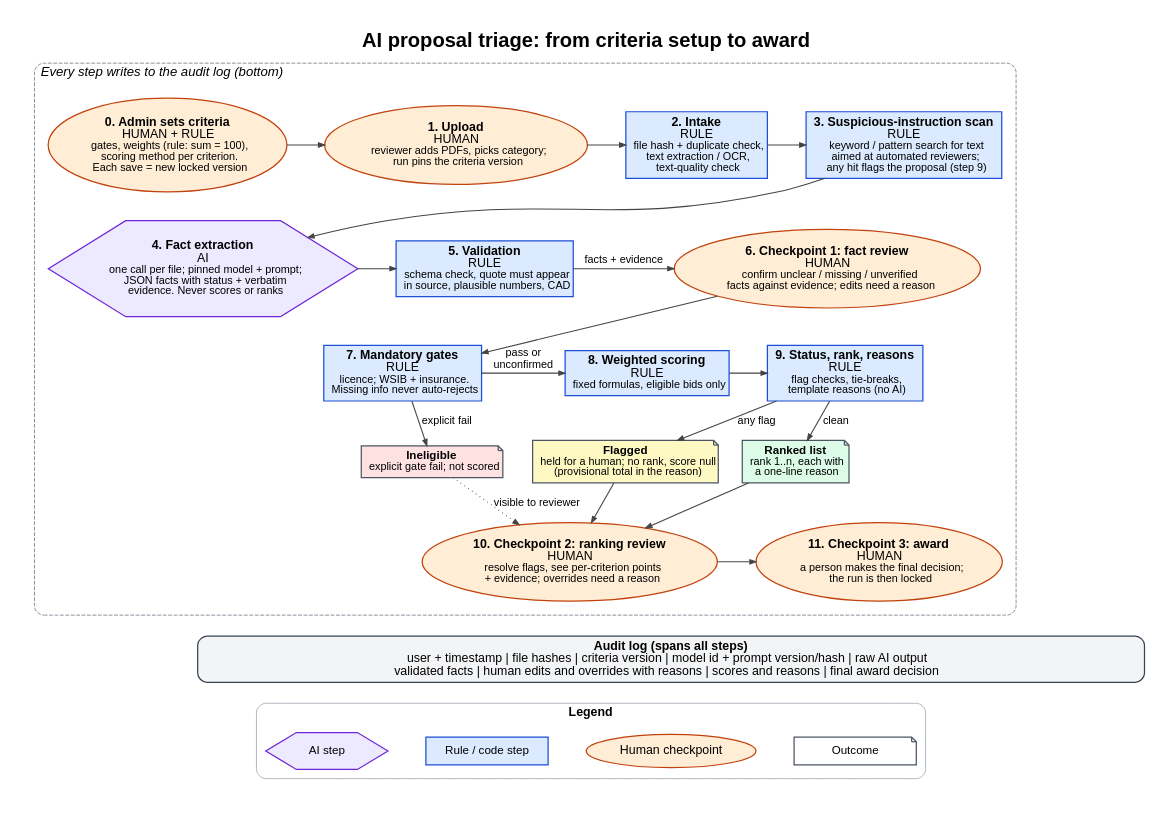
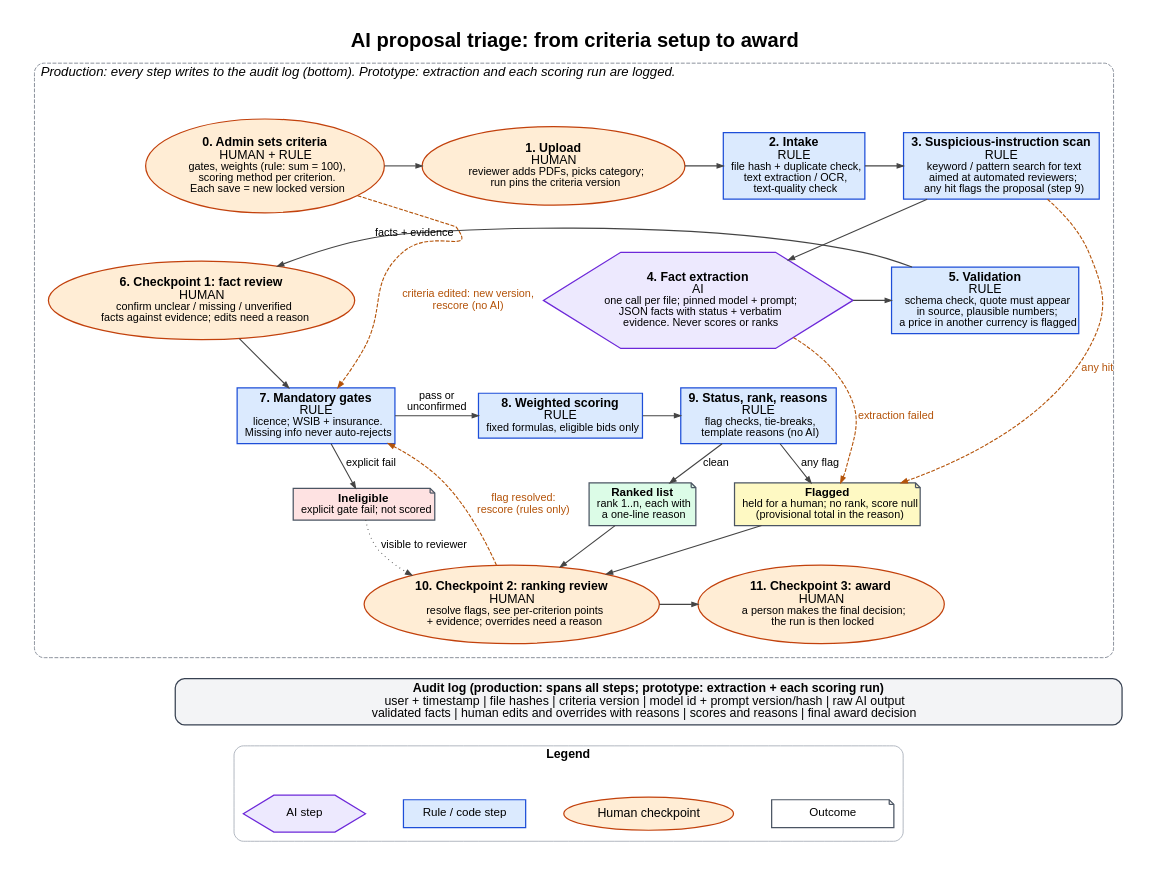
The diagram in prototype/flow.dot (mrehanmajeed/matacs-th-2026-02), drawn with Graphviz before and after one commit. The commit also changed 1 other file, not shown here.

Commit message:
docs: diagram rescoring and failure routes
Adds flag-resolved and criteria-edited rescore loops, extraction-failed
route and the scan-hit arrow; audit and CAD wording match the prototype.

```diff
--- a/prototype/flow.dot
+++ b/prototype/flow.dot
@@ -1,79 +1,86 @@
 // Source for diagram/process-flow.png
 // Render: dot -Tpng -Gdpi=110 prototype/flow.dot -o diagram/process-flow.png
 digraph triage {
   graph [rankdir=TB, fontname="Arial", fontsize=26, nodesep=0.35, ranksep=0.5, pad=0.4, newrank=true,
          label=<<b>AI proposal triage: from criteria setup to award</b>>, labelloc=t];
   node  [fontname="Arial", fontsize=16, margin="0.14,0.08", penwidth=1.6, style=filled];
   edge  [fontname="Arial", fontsize=14, penwidth=1.4, color="#444444", arrowsize=0.8];
 
   // Step types: RULE = blue box, AI = purple hexagon, HUMAN = orange oval, outcome = grey note
   node [shape=box, fillcolor="#DBEAFE", color="#1D4ED8"];
 
   subgraph cluster_flow {
-    label=<<i>Every step writes to the audit log (bottom)</i>>; labeljust=l; fontsize=17;
+    label=<<i>Production: every step writes to the audit log (bottom). Prototype: extraction and each scoring run are logged.</i>>; labeljust=l; fontsize=17;
     style="rounded,dashed"; color="#6B7280"; margin=18;
 
     admin  [shape=ellipse, fillcolor="#FFEDD5", color="#C2410C",
             label=<<b>0. Admin sets criteria</b><br/>HUMAN + RULE<br/><font point-size="14">gates, weights (rule: sum = 100),<br/>scoring method per criterion.<br/>Each save = new locked version</font>>];
     upload [shape=ellipse, fillcolor="#FFEDD5", color="#C2410C",
             label=<<b>1. Upload</b><br/>HUMAN<br/><font point-size="14">reviewer adds PDFs, picks category;<br/>run pins the criteria version</font>>];
     intake [label=<<b>2. Intake</b><br/>RULE<br/><font point-size="14">file hash + duplicate check,<br/>text extraction / OCR,<br/>text-quality check</font>>];
     scan   [label=<<b>3. Suspicious-instruction scan</b><br/>RULE<br/><font point-size="14">keyword / pattern search for text<br/>aimed at automated reviewers;<br/>any hit flags the proposal (step 9)</font>>];
     extract [shape=hexagon, fillcolor="#EDE9FE", color="#6D28D9",
             margin="0.02,0.02", label=<<b>4. Fact extraction</b><br/>AI<br/><font point-size="14">one call per file; pinned model + prompt;<br/>JSON facts with status + verbatim<br/>evidence. Never scores or ranks</font>>];
-    validate [label=<<b>5. Validation</b><br/>RULE<br/><font point-size="14">schema check, quote must appear<br/>in source, plausible numbers, CAD</font>>];
+    validate [label=<<b>5. Validation</b><br/>RULE<br/><font point-size="14">schema check, quote must appear<br/>in source, plausible numbers;<br/>a price in another currency is flagged</font>>];
     cp1    [shape=ellipse, fillcolor="#FFEDD5", color="#C2410C",
             label=<<b>6. Checkpoint 1: fact review</b><br/>HUMAN<br/><font point-size="14">confirm unclear / missing / unverified<br/>facts against evidence; edits need a reason</font>>];
     gates  [label=<<b>7. Mandatory gates</b><br/>RULE<br/><font point-size="14">licence; WSIB + insurance.<br/>Missing info never auto-rejects</font>>];
     score  [label=<<b>8. Weighted scoring</b><br/>RULE<br/><font point-size="14">fixed formulas, eligible bids only</font>>];
     status [label=<<b>9. Status, rank, reasons</b><br/>RULE<br/><font point-size="14">flag checks, tie-breaks,<br/>template reasons (no AI)</font>>];
     cp2    [shape=ellipse, fillcolor="#FFEDD5", color="#C2410C",
             label=<<b>10. Checkpoint 2: ranking review</b><br/>HUMAN<br/><font point-size="14">resolve flags, see per-criterion points<br/>+ evidence; overrides need a reason</font>>];
     cp3    [shape=ellipse, fillcolor="#FFEDD5", color="#C2410C",
             label=<<b>11. Checkpoint 3: award</b><br/>HUMAN<br/><font point-size="14">a person makes the final decision;<br/>the run is then locked</font>>];
 
     node [shape=note, color="#4B5563", fontsize=15];
     inel   [fillcolor="#FEE2E2", label=<<b>Ineligible</b><br/><font point-size="14">explicit gate fail; not scored</font>>];
+    ranked [fillcolor="#DCFCE7", label=<<b>Ranked list</b><br/><font point-size="14">rank 1..n, each with<br/>a one-line reason</font>>];
     flag   [fillcolor="#FEF9C3", label=<<b>Flagged</b><br/><font point-size="14">held for a human; no rank, score null<br/>(provisional total in the reason)</font>>];
-    ranked [fillcolor="#DCFCE7", label=<<b>Ranked list</b><br/><font point-size="14">rank 1..n, each with<br/>a one-line reason</font>>];
 
     // Row 1 (left to right), row 2 (right to left), row 3 outcomes
     { rank=same; admin; upload; intake; scan; }
     { rank=same; extract; validate; cp1; }
     { rank=same; gates; score; status; }
-    { rank=same; inel; flag; ranked; }
+    { rank=same; inel; ranked; flag; }
+    inel -> ranked -> flag [style=invis];  // fixes left-to-right order of outcomes
     { rank=same; cp2; cp3; }
 
     admin -> upload -> intake -> scan -> extract;
     extract -> validate;
     validate -> cp1 [label=" facts + evidence "];
     cp1 -> gates;
     gates -> score [label=" pass or\n unconfirmed "];
     score -> status;
     gates -> inel [label=" explicit fail "];
     status -> flag [label=" any flag "];
     status -> ranked [label=" clean "];
-    scan -> flag [style=invis, constraint=false];  // keeps row order; the hit path is described in step 3
+    // Exception and re-run routes (dashed)
+    edge [style=dashed, color="#B45309", fontcolor="#B45309"];
+    scan -> flag [label=" any hit "];
+    extract -> flag [label=" extraction failed "];
+    cp2 -> gates [label=" flag resolved:\n rescore (rules only) "];
+    admin -> gates [label=" criteria edited: new version,\n rescore (no AI) "];
+    edge [style=solid, color="#444444", fontcolor="#000000"];
     flag -> cp2;
     ranked -> cp2;
     inel -> cp2 [style=dotted, label=" visible to reviewer "];
     cp2 -> cp3;
   }
 
   audit [shape=box, style="filled,rounded", fillcolor="#F3F4F6", color="#374151", fontsize=16, width=17,
-         label=<<b>Audit log (spans all steps)</b><br/>user + timestamp | file hashes | criteria version | model id + prompt version/hash | raw AI output<br/>validated facts | human edits and overrides with reasons | scores and reasons | final award decision>];
+         label=<<b>Audit log (production: spans all steps; prototype: extraction + each scoring run)</b><br/>user + timestamp | file hashes | criteria version | model id + prompt version/hash | raw AI output<br/>validated facts | human edits and overrides with reasons | scores and reasons | final award decision>];
   cp2 -> audit [style=invis];
   cp3 -> audit [style=invis];
   audit -> l_human [style=invis];
 
   subgraph cluster_legend {
     label=<<b>Legend</b>>; fontsize=16; style=rounded; color="#9CA3AF"; margin=12;
     node [fontsize=15, width=2.2];
     l_ai    [shape=hexagon, fillcolor="#EDE9FE", color="#6D28D9", label="AI step"];
     l_rule  [shape=box, fillcolor="#DBEAFE", color="#1D4ED8", label="Rule / code step"];
     l_human [shape=ellipse, fillcolor="#FFEDD5", color="#C2410C", label="Human checkpoint"];
     l_out   [shape=note, fillcolor="#FFFFFF", color="#4B5563", label="Outcome"];
     l_ai -> l_rule -> l_human -> l_out [style=invis];
   }
   { rank=same; l_ai; l_rule; l_human; l_out; }
 }
```
